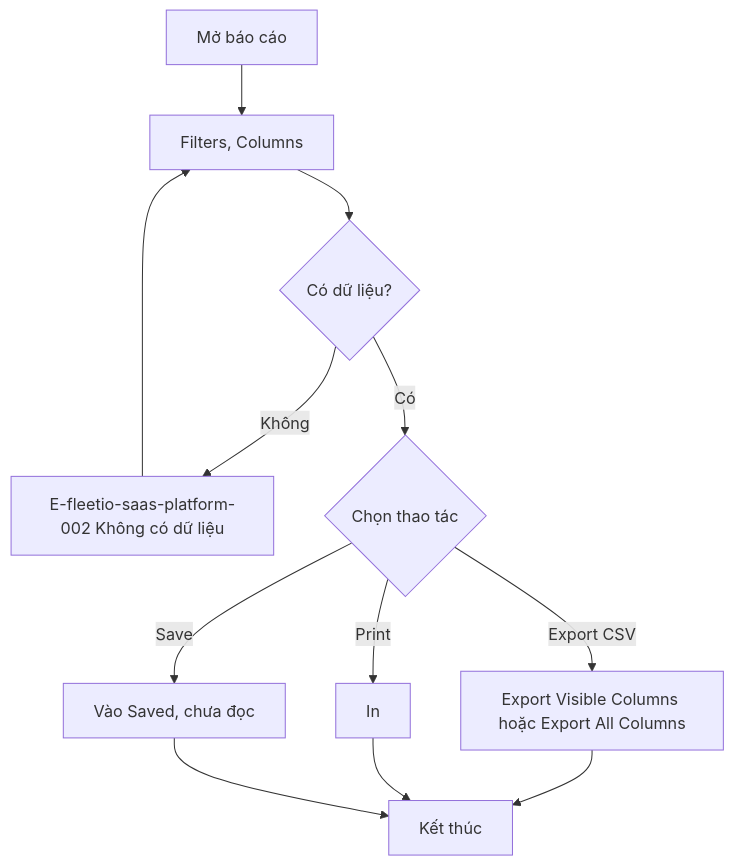
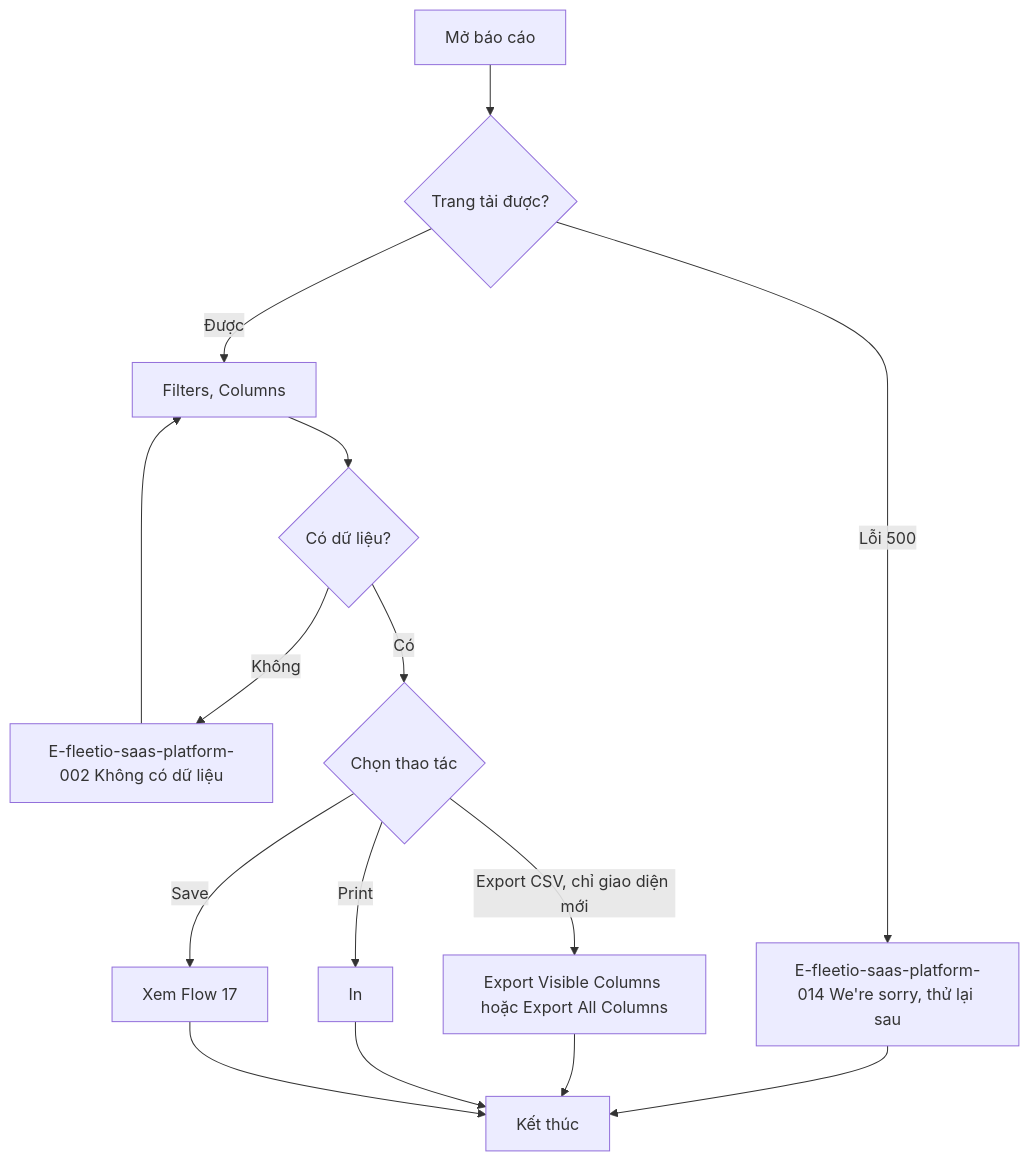
Before and after one commit to szitphan/invlogis: the tenth of 24 diagrams in docs/_research/fleetio/srs/fleetio-saas-platform-flows.md, drawn with Mermaid. The commit also changed other lines of this file and 113 other files, not shown here.

````diff
--- a/docs/_research/fleetio/srs/fleetio-saas-platform-flows.md
+++ b/docs/_research/fleetio/srs/fleetio-saas-platform-flows.md
@@ -193,14 +199,17 @@
 ```mermaid
 flowchart TD
-    A["Mở báo cáo"] --> B["Filters, Columns"]
+    A["Mở báo cáo"] --> A1{"Trang tải được?"}
+    A1 -->|"Lỗi 500"| A2["E-fleetio-saas-platform-014 We're sorry, thử lại sau"]
+    A1 -->|"Được"| B["Filters, Columns"]
     B --> C{"Có dữ liệu?"}
     C -->|"Không"| D["E-fleetio-saas-platform-002 Không có dữ liệu"]
     D --> B
     C -->|"Có"| E{"Chọn thao tác"}
-    E -->|"Export CSV"| F["Export Visible Columns hoặc Export All Columns"]
+    E -->|"Export CSV, chỉ giao diện mới"| F["Export Visible Columns hoặc Export All Columns"]
     E -->|"Print"| G["In"]
-    E -->|"Save"| H["Vào Saved, chưa đọc"]
-    F --> Z["Kết thúc"]
+    E -->|"Save"| H["Xem Flow 17"]
+    A2 --> Z["Kết thúc"]
+    F --> Z
     G --> Z
     H --> Z
 ```
````
